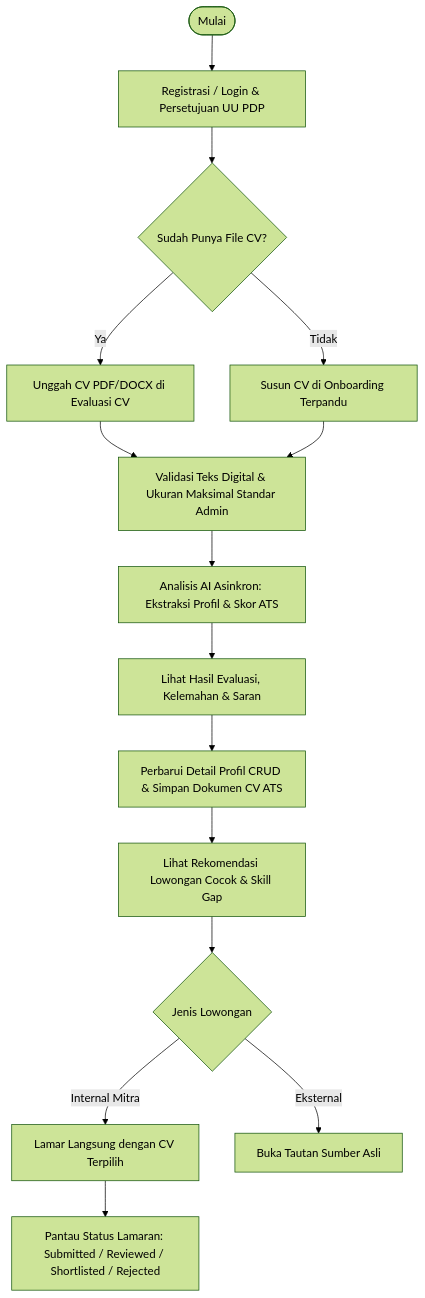
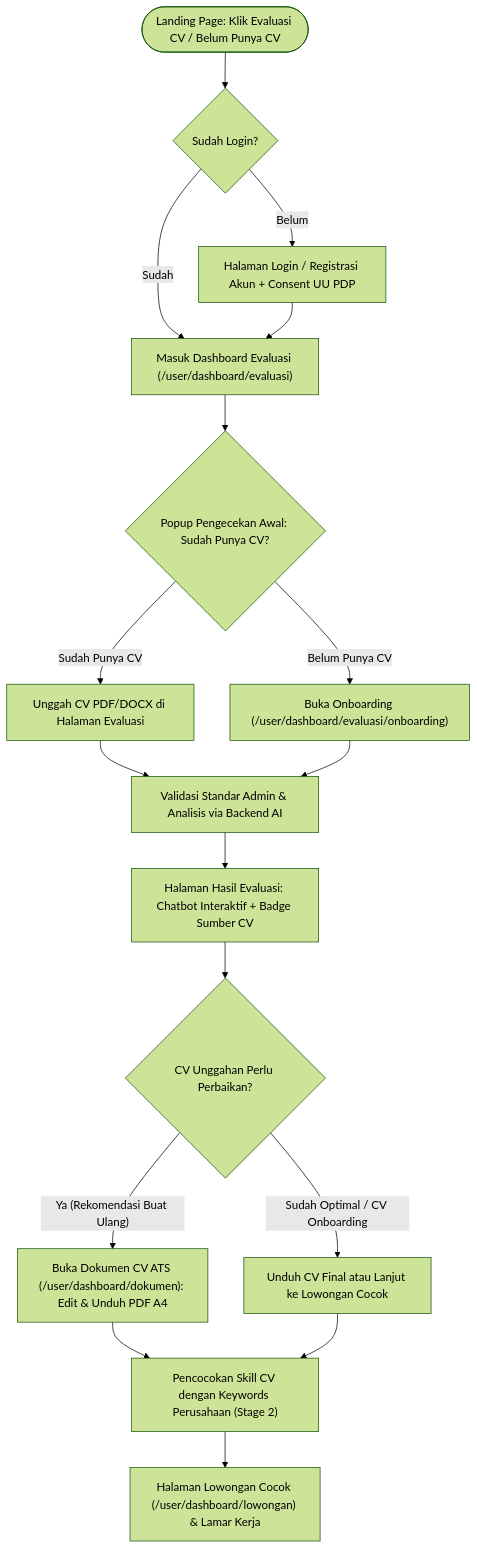
The first of 3 diagrams in docs/role-workflows.md (DanuZen/Technopreuneur-), drawn with Mermaid (forest theme) before and after one commit. The commit also changed other lines of this file and 3 other files, not shown here.

````diff
--- a/docs/role-workflows.md
+++ b/docs/role-workflows.md
@@ -30,17 +40,19 @@
 ```mermaid
 flowchart TD
-    A([Mulai]) --> B[Registrasi / Login & Persetujuan UU PDP]
-    B --> C{Sudah Punya File CV?}
-    C -- Ya --> D[Unggah CV PDF/DOCX di Evaluasi CV]
-    C -- Tidak --> E[Susun CV di Onboarding Terpandu]
-    D --> F[Validasi Teks Digital & Ukuran Maksimal Standar Admin]
-    E --> F
-    F --> G[Analisis AI Asinkron: Ekstraksi Profil & Skor ATS]
-    G --> H[Lihat Hasil Evaluasi, Kelemahan & Saran]
-    H --> I[Perbarui Detail Profil CRUD & Simpan Dokumen CV ATS]
-    I --> J[Lihat Rekomendasi Lowongan Cocok & Skill Gap]
-    J --> K{Jenis Lowongan}
-    K -- Internal Mitra --> L[Lamar Langsung dengan CV Terpilih]
-    K -- Eksternal --> M[Buka Tautan Sumber Asli]
-    L --> N[Pantau Status Lamaran: Submitted / Reviewed / Shortlisted / Rejected]
+    A(["Landing Page: Klik Evaluasi CV / Belum Punya CV"]) --> B{"Sudah Login?"}
+    B -- "Belum" --> C["Halaman Login / Registrasi Akun + Consent UU PDP"]
+    B -- "Sudah" --> D["Masuk Dashboard Evaluasi (/user/dashboard/evaluasi)"]
+    C --> D
+    D --> E{"Popup Pengecekan Awal: Sudah Punya CV?"}
+    E -- "Sudah Punya CV" --> F["Unggah CV PDF/DOCX di Halaman Evaluasi"]
+    E -- "Belum Punya CV" --> G["Buka Onboarding (/user/dashboard/evaluasi/onboarding)"]
+    F --> H["Validasi Standar Admin & Analisis via Backend AI"]
+    G --> H
+    H --> I["Halaman Hasil Evaluasi: Chatbot Interaktif + Badge Sumber CV"]
+    I --> J{"CV Unggahan Perlu Perbaikan?"}
+    J -- "Ya (Rekomendasi Buat Ulang)" --> K["Buka Dokumen CV ATS (/user/dashboard/dokumen): Edit & Unduh PDF A4"]
+    J -- "Sudah Optimal / CV Onboarding" --> L["Unduh CV Final atau Lanjut ke Lowongan Cocok"]
+    K --> M["Pencocokan Skill CV dengan Keywords Perusahaan (Stage 2)"]
+    L --> M
+    M --> N["Halaman Lowongan Cocok (/user/dashboard/lowongan) & Lamar Kerja"]
 ```
````
